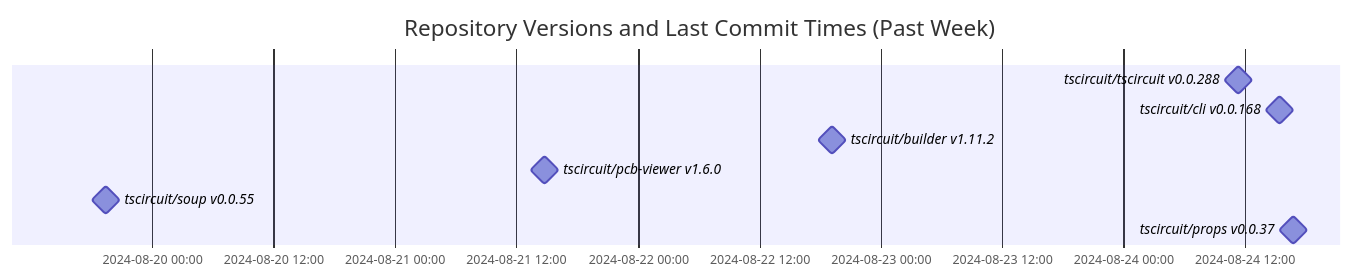
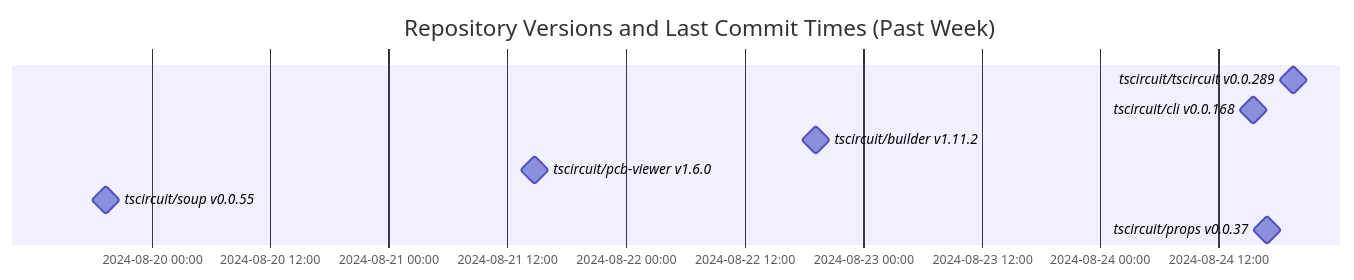
The diagram in README.md (tscircuit/version-tracker), drawn with Mermaid before and after one commit.

Commit message:
Update chart

````diff
--- a/README.md
+++ b/README.md
@@ -1,13 +1,13 @@
 ```mermaid
 gantt
   dateFormat  YYYY-MM-DD HH:mm:ss
   title Repository Versions and Last Commit Times (Past Week)
   axisFormat %Y-%m-%d %H:%M
 
-  tscircuit/tscircuit v0.0.288 : milestone, 2024-08-24 11:24:30, 1s
+  tscircuit/tscircuit v0.0.289 : milestone, 2024-08-24 19:33:12, 1s
   tscircuit/cli v0.0.168 : milestone, 2024-08-24 15:32:19, 1s
   tscircuit/builder v1.11.2 : milestone, 2024-08-22 19:17:19, 1s
   tscircuit/pcb-viewer v1.6.0 : milestone, 2024-08-21 14:48:25, 1s
   tscircuit/soup v0.0.55 : milestone, 2024-08-19 19:22:24, 1s
   tscircuit/props v0.0.37 : milestone, 2024-08-24 16:52:00, 1s
 ```
````
